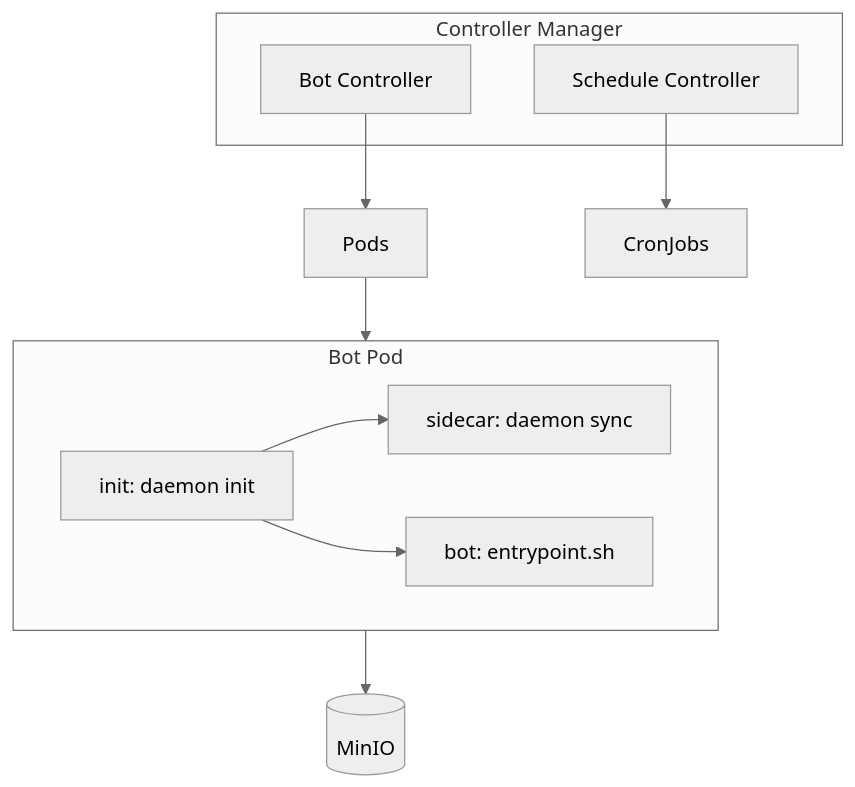
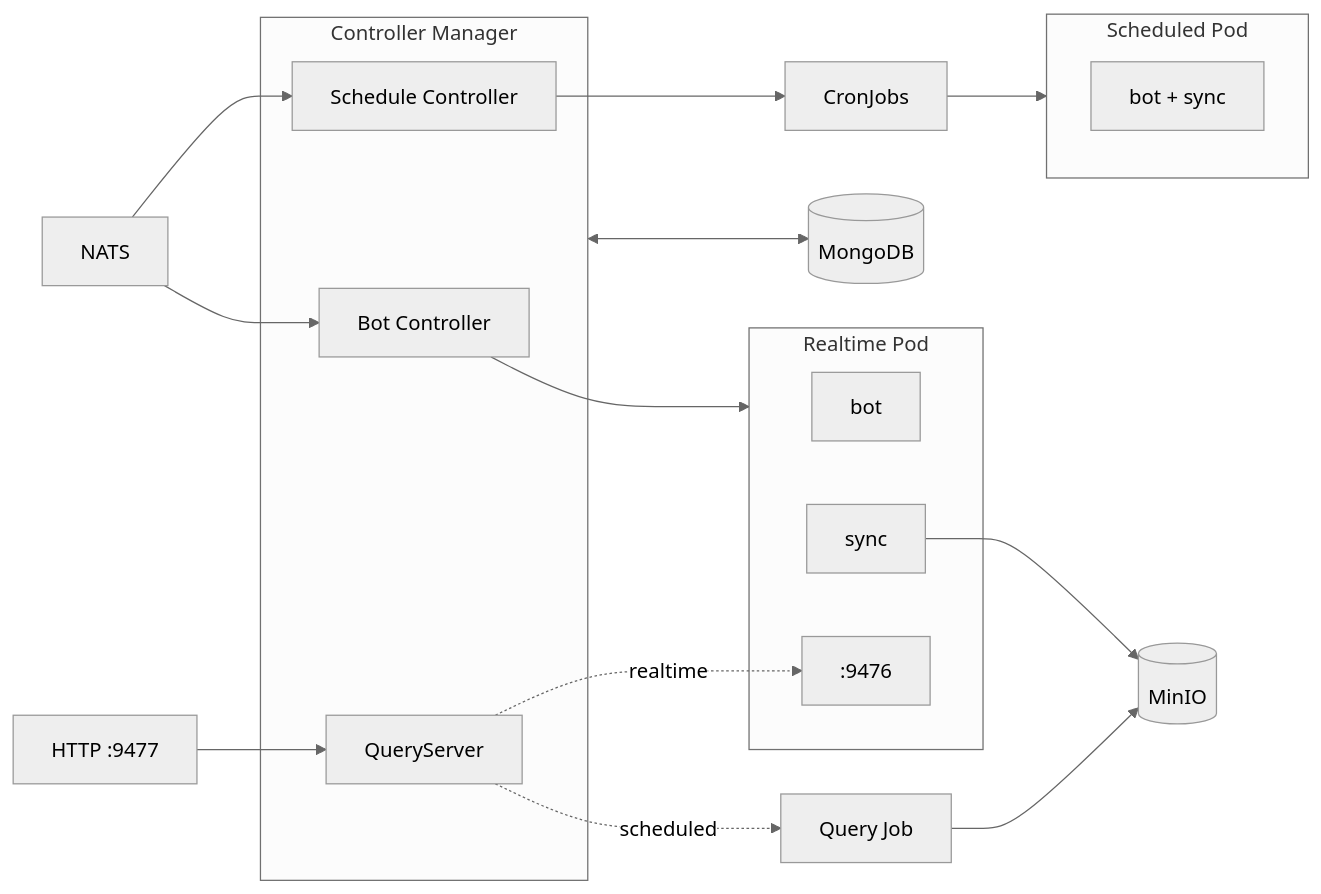
Before and after one commit to alexanderwanyoike/the0: the third of 4 diagrams in runtime/README.md, drawn with Mermaid (neutral theme). The commit also changed other lines of this file and 2 other files, not shown here.

First line of the commit message:
docs: Update runtime documentation with query system and architecture

````diff
--- a/runtime/README.md
+++ b/runtime/README.md
@@ -72,23 +74,29 @@
 ```mermaid
-flowchart TB
+flowchart LR
+    NATS["NATS"] --> BC & SC
+    HTTP["HTTP :9477"] --> QS
+
     subgraph Controller["Controller Manager"]
         BC["Bot Controller"]
         SC["Schedule Controller"]
+        QS["QueryServer"]
     end
 
-    BC --> Pods["Pods"]
-    SC --> CronJobs["CronJobs"]
+    Controller <--> MongoDB[(MongoDB)]
 
-    subgraph Pod["Bot Pod"]
-        direction LR
-        InitC["init: daemon init"]
-        SyncC["sidecar: daemon sync"]
-        BotC["bot: entrypoint.sh"]
-
-        InitC --> SyncC
-        InitC --> BotC
+    subgraph RealtimePod["Realtime Pod"]
+        BotC["bot"]
+        SyncC["sync"]
+        QueryC[":9476"]
     end
 
-    Pods --> Pod
+    subgraph ScheduledPod["Scheduled Pod"]
+        BotS["bot + sync"]
+    end
+
+    BC --> RealtimePod
+    SC --> CronJobs["CronJobs"] --> ScheduledPod
     SyncC --> MinIO[(MinIO)]
+    QS -.->|realtime| QueryC
+    QS -.->|scheduled| QueryJob["Query Job"] --> MinIO
 ```
````
